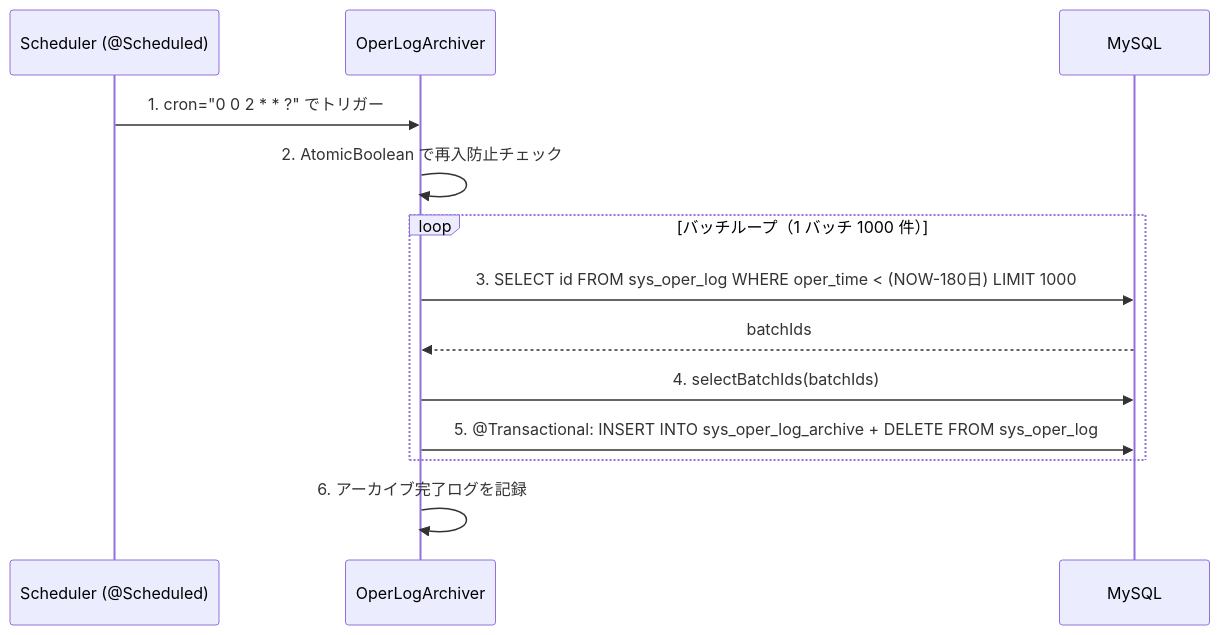
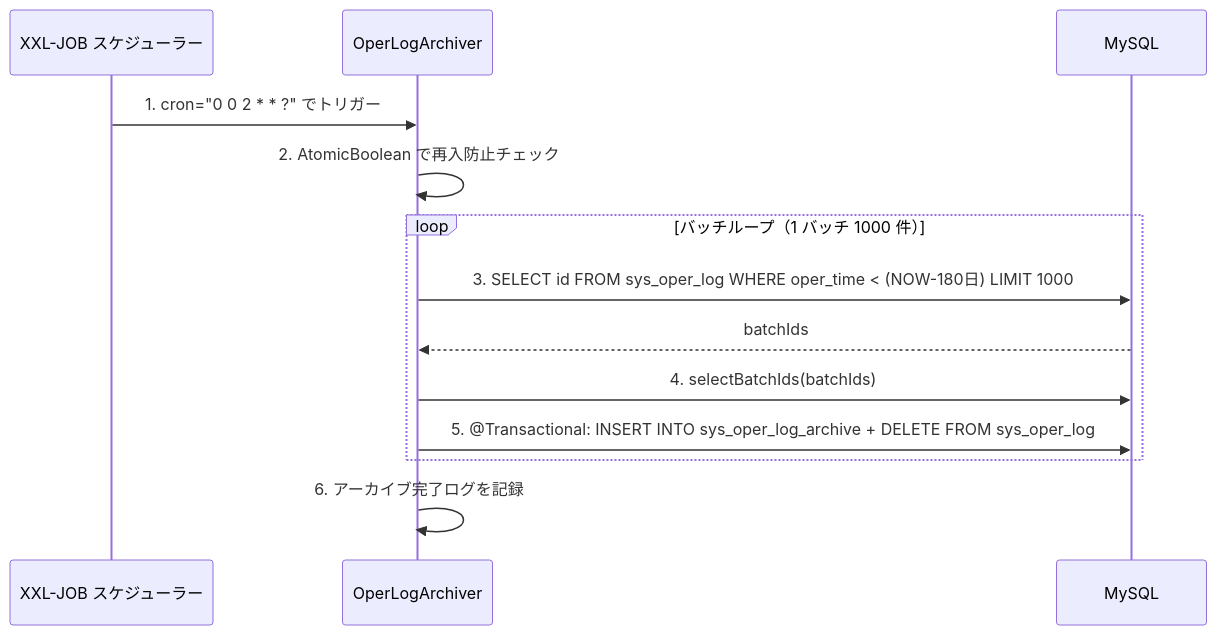
One commit to wang-baohai/Omni-Stack changed the tenth of 19 diagrams in docs/core-flows.jp.md. Above: the diagram before and after it, drawn with Mermaid. The commit also changed other lines of this file and 1443 other files, not shown here.

````diff
--- a/docs/core-flows.jp.md
+++ b/docs/core-flows.jp.md
@@ -1244,16 +1244,16 @@
 ```mermaid
 sequenceDiagram
-    participant S as Scheduler (@Scheduled)
+    participant S as XXL-JOB スケジューラー
     participant Arc as OperLogArchiver
     participant M as MySQL
 
     S->>Arc: 1. cron="0 0 2 * * ?" でトリガー
     Arc->>Arc: 2. AtomicBoolean で再入防止チェック
     loop バッチループ（1 バッチ 1000 件）
         Arc->>M: 3. SELECT id FROM sys_oper_log WHERE oper_time < (NOW-180日) LIMIT 1000
         M-->>Arc: batchIds
         Arc->>M: 4. selectBatchIds(batchIds)
         Arc->>M: 5. @Transactional: INSERT INTO sys_oper_log_archive + DELETE FROM sys_oper_log
     end
     Arc->>Arc: 6. アーカイブ完了ログを記録
 ```
````
